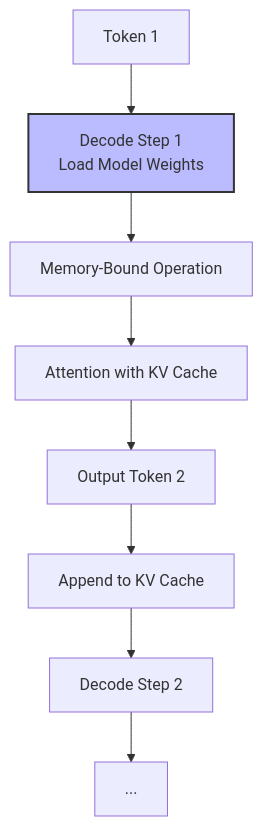
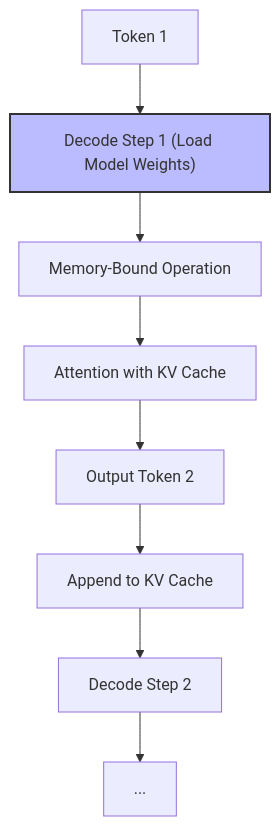
Before and after one commit to jithinpnjm/nvidia-devops: the second of 5 diagrams in docs/volume-05/02-llm-inference-serving-masterclass.md, drawn with Mermaid. The commit also changed other lines of this file and 110 other files, not shown here.

Commit message:
docs(volume-1-10): complete second-pass refinement of formatting, visual diagrams, and code snippets

````diff
--- a/docs/volume-05/02-llm-inference-serving-masterclass.md
+++ b/docs/volume-05/02-llm-inference-serving-masterclass.md
@@ -64,13 +65,14 @@
 ```mermaid
-graph TD
-    A[Token 1] --> B[Decode Step 1 <br/> Load Model Weights]
-    B --> C[Memory-Bound Operation]
-    C --> D[Attention with KV Cache]
-    D --> E[Output Token 2]
-    E --> F[Append to KV Cache]
+flowchart TD
+    A["Token 1"] --> B["Decode Step 1 (Load Model Weights)"]
+    B --> C["Memory-Bound Operation"]
+    C --> D["Attention with KV Cache"]
+    D --> E["Output Token 2"]
+    E --> F["Append to KV Cache"]
     
-    F --> G[Decode Step 2]
-    G --> H[...]
+    F --> G["Decode Step 2"]
+    G --> H["..."]
     
-    style B fill:#bbf,stroke:#333,stroke-width:2px
+    classDef decode fill:#bbf,stroke:#333,stroke-width:2px;
+    class B decode;
 ```
````
